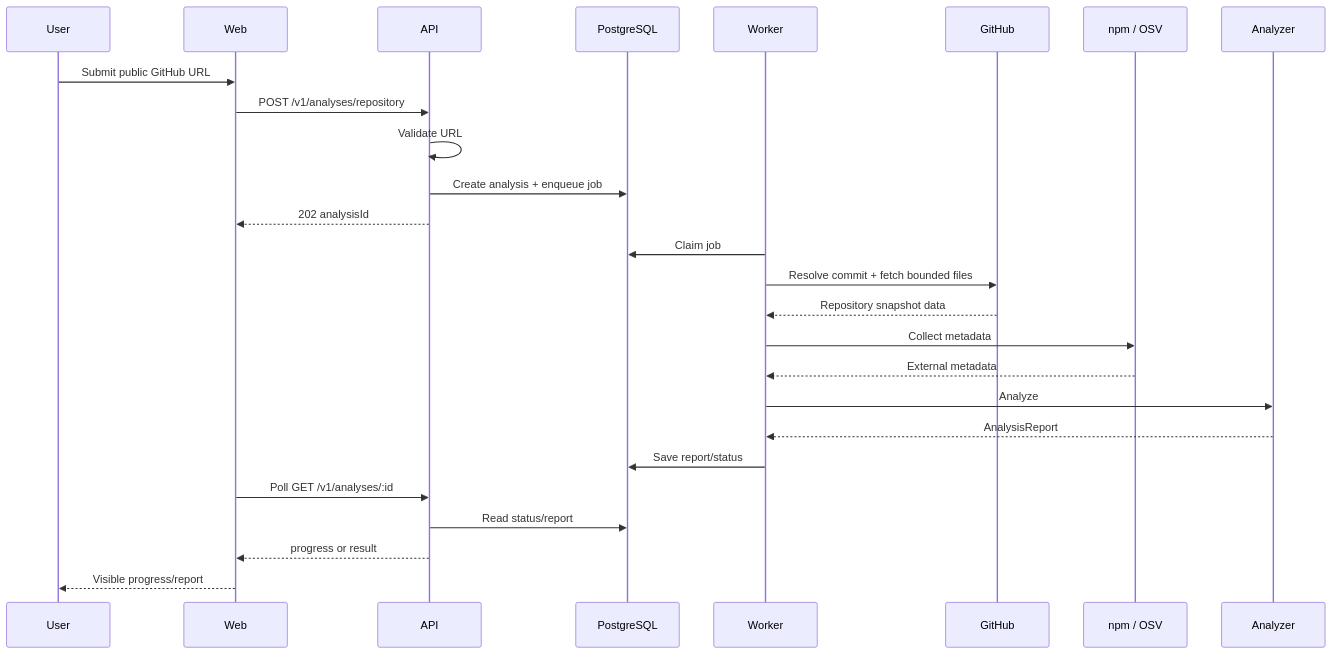
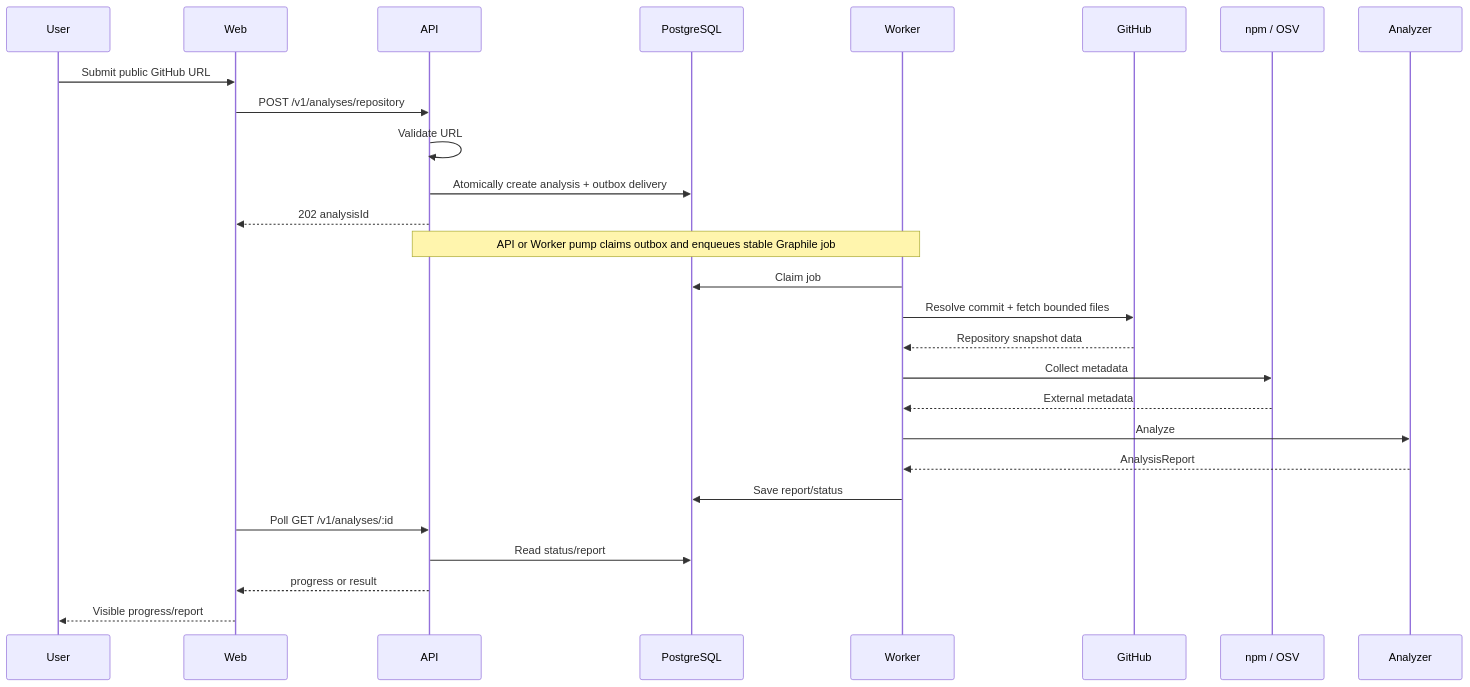
The fourth of 4 diagrams in docs/architecture.md (BlizzardBlast/StackLens), drawn with Mermaid before and after one commit. The commit also changed other lines of this file and 46 other files, not shown here.

````diff
--- a/docs/architecture.md
+++ b/docs/architecture.md
@@ -393,29 +395,30 @@
 ```mermaid
 sequenceDiagram
     participant U as User
     participant W as Web
     participant A as API
     participant DB as PostgreSQL
     participant WK as Worker
     participant GH as GitHub
     participant E as npm / OSV
     participant C as Analyzer
 
     U->>W: Submit public GitHub URL
     W->>A: POST /v1/analyses/repository
     A->>A: Validate URL
-    A->>DB: Create analysis + enqueue job
+    A->>DB: Atomically create analysis + outbox delivery
     A-->>W: 202 analysisId
+    Note over A,WK: API or Worker pump claims outbox and enqueues stable Graphile job
     WK->>DB: Claim job
     WK->>GH: Resolve commit + fetch bounded files
     GH-->>WK: Repository snapshot data
     WK->>E: Collect metadata
     E-->>WK: External metadata
     WK->>C: Analyze
     C-->>WK: AnalysisReport
     WK->>DB: Save report/status
     W->>A: Poll GET /v1/analyses/:id
     A->>DB: Read status/report
     A-->>W: progress or result
     W-->>U: Visible progress/report
 ```
````
